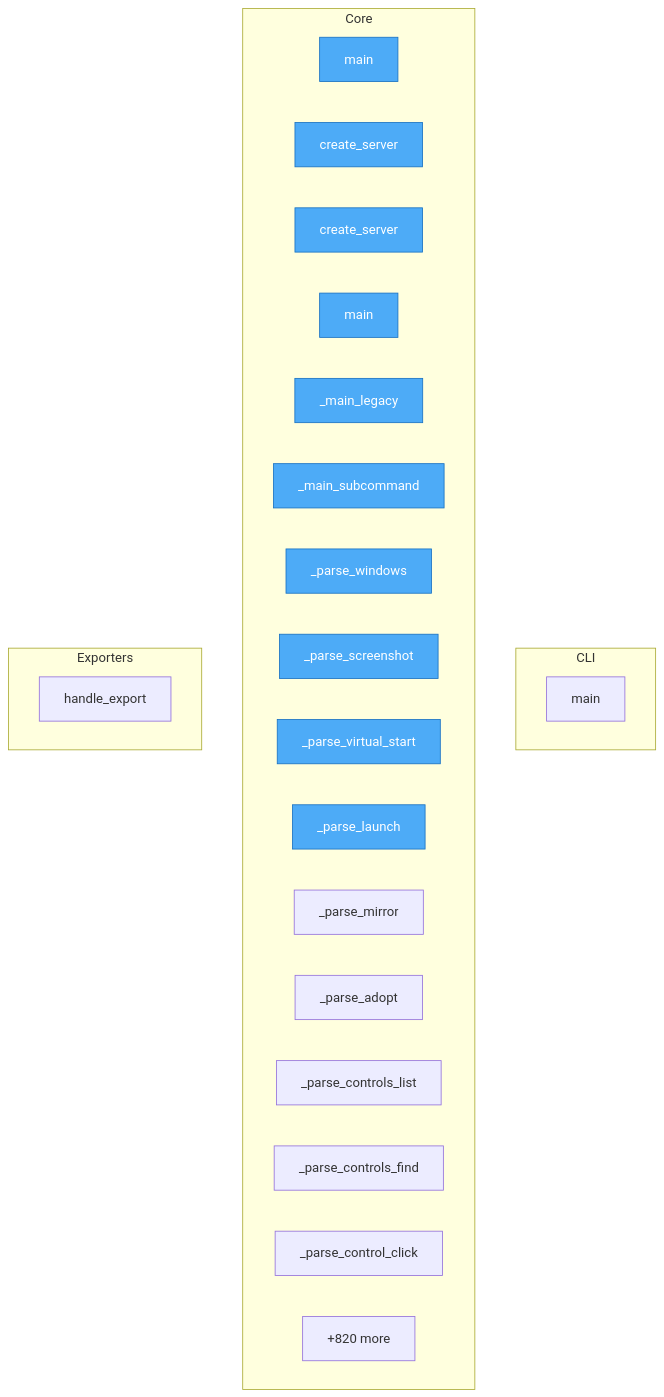
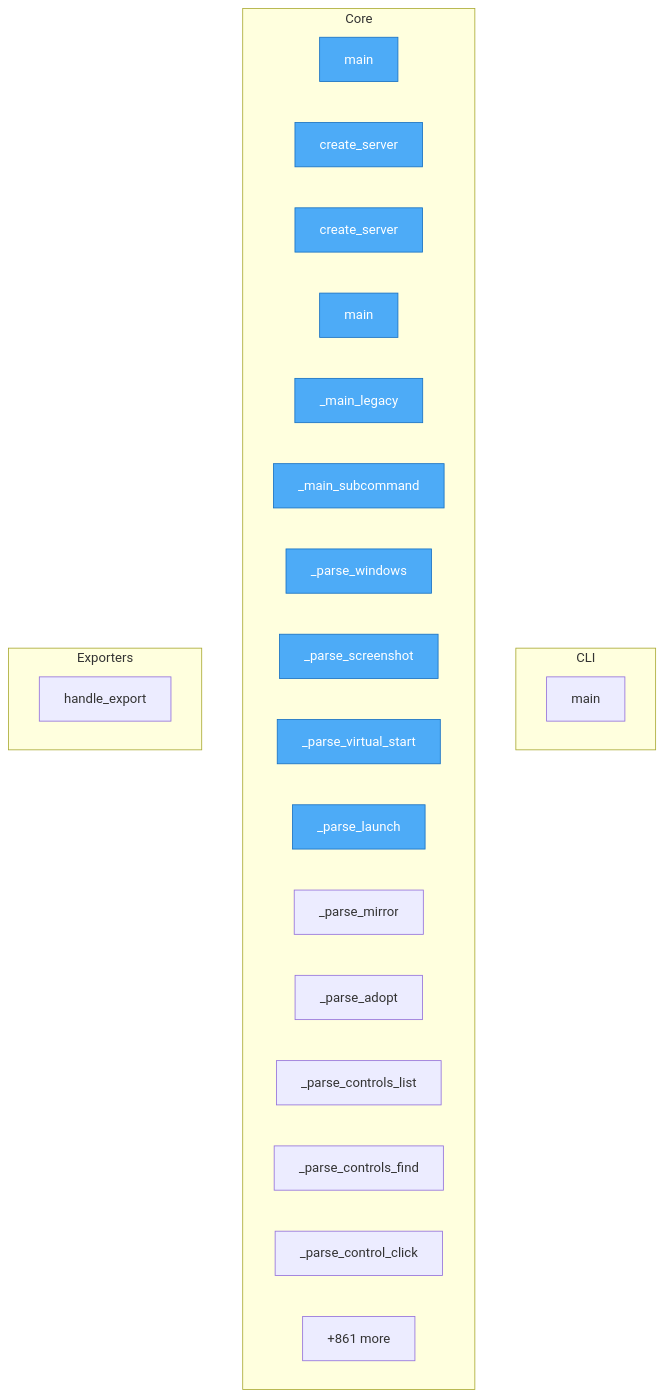
The diagram in project/flow.mmd (wronai/vdisplay), drawn with Mermaid before and after one commit. The commit also changed 151 other files, not shown here.

```diff
--- a/project/flow.mmd
+++ b/project/flow.mmd
@@ -1,34 +1,34 @@
 flowchart TD
-%% generated in 0.10s
+%% generated in 0.13s
 
     %% Entry points (blue)
     classDef entry fill:#4dabf7,stroke:#1971c2,color:#fff
 
     subgraph CLI
         packages__cli2vdisplay__src__cli2vdisplay__cli__main["main"]
     end
 
     subgraph Core
         packages__mcp2vdisplay__src__mcp2vdisplay__cli__main["main"]
         packages__mcp2vdisplay__src__mcp2vdisplay__cli__create_server["create_server"]
         packages__mcp2vdisplay__src__mcp2vdisplay__server__create_server["create_server"]
         packages__dsl2vdisplay__src__dsl2vdisplay__cli__main["main"]
         packages__dsl2vdisplay__src__dsl2vdisplay__cli___main_legacy["_main_legacy"]
         packages__dsl2vdisplay__src__dsl2vdisplay__cli___main_subcommand["_main_subcommand"]
         packages__dsl2vdisplay__src__dsl2vdisplay__grammar___parse_windows["_parse_windows"]
         packages__dsl2vdisplay__src__dsl2vdisplay__grammar___parse_screenshot["_parse_screenshot"]
         packages__dsl2vdisplay__src__dsl2vdisplay__grammar___parse_virtual_start["_parse_virtual_start"]
         packages__dsl2vdisplay__src__dsl2vdisplay__grammar___parse_launch["_parse_launch"]
         packages__dsl2vdisplay__src__dsl2vdisplay__grammar___parse_mirror["_parse_mirror"]
         packages__dsl2vdisplay__src__dsl2vdisplay__grammar___parse_adopt["_parse_adopt"]
         packages__dsl2vdisplay__src__dsl2vdisplay__grammar___parse_controls_list["_parse_controls_list"]
         packages__dsl2vdisplay__src__dsl2vdisplay__grammar___parse_controls_find["_parse_controls_find"]
         packages__dsl2vdisplay__src__dsl2vdisplay__grammar___parse_control_click["_parse_control_click"]
-        ...["+820 more"]
+        ...["+861 more"]
     end
 
     subgraph Exporters
         src__vdisplay__commands__session__handle_export["handle_export"]
     end
 
     class packages__mcp2vdisplay__src__mcp2vdisplay__cli__main,packages__mcp2vdisplay__src__mcp2vdisplay__cli__create_server,packages__mcp2vdisplay__src__mcp2vdisplay__server__create_server,packages__dsl2vdisplay__src__dsl2vdisplay__cli__main,packages__dsl2vdisplay__src__dsl2vdisplay__cli___main_legacy,packages__dsl2vdisplay__src__dsl2vdisplay__cli___main_subcommand,packages__dsl2vdisplay__src__dsl2vdisplay__grammar___parse_windows,packages__dsl2vdisplay__src__dsl2vdisplay__grammar___parse_screenshot,packages__dsl2vdisplay__src__dsl2vdisplay__grammar___parse_virtual_start,packages__dsl2vdisplay__src__dsl2vdisplay__grammar___parse_launch entry
```
